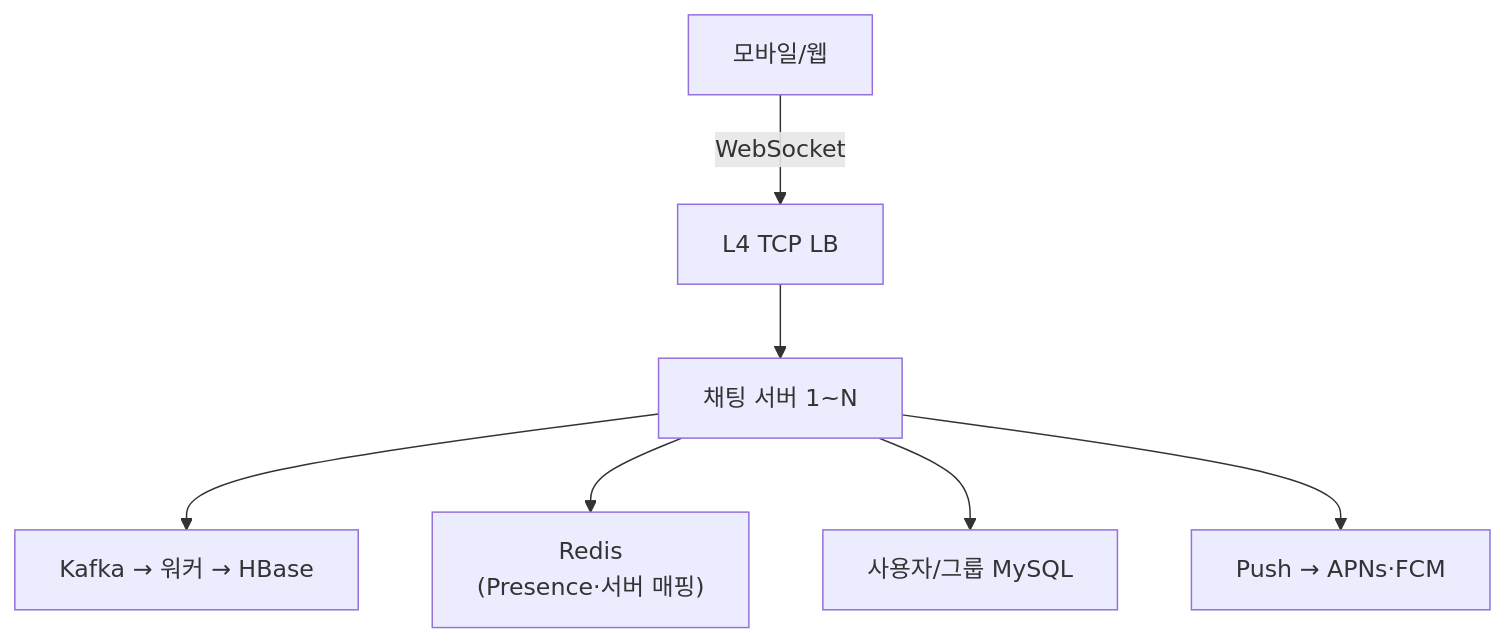
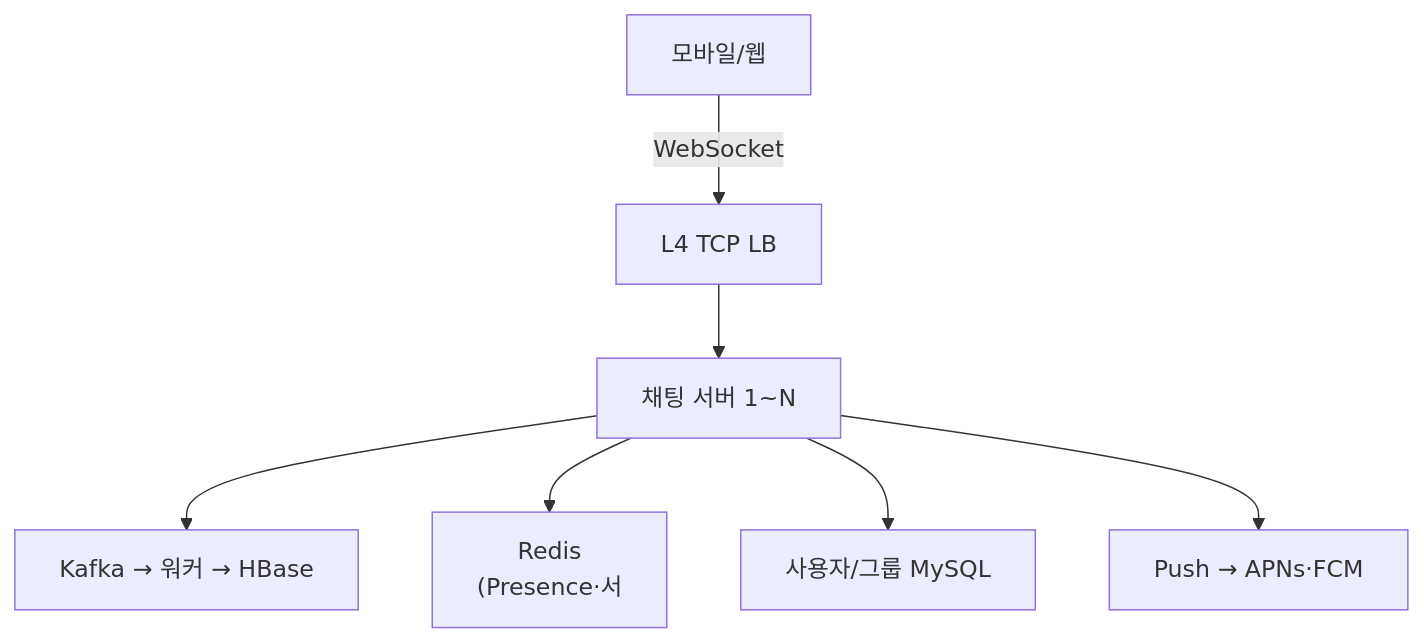
One commit to yjkim2015/yjkim2015.github.io changed the second of 9 diagrams in _posts/systemdesign/2026-05-02-system-design-chat.md. Above: the diagram before and after it, drawn with Mermaid. The commit also changed other lines of this file and 271 other files, not shown here.

First line of the commit message:
Mermaid 라벨 축소: 긴 노드 텍스트 18자 이하로 트림 + \n 제거

````diff
--- a/_posts/systemdesign/2026-05-02-system-design-chat.md
+++ b/_posts/systemdesign/2026-05-02-system-design-chat.md
@@ -119,9 +119,9 @@
 ```mermaid
 graph TD
     Client["모바일/웹"] -->|WebSocket| LB["L4 TCP LB"]
     LB --> CS["채팅 서버 1~N"]
     CS --> Kafka["Kafka → 워커 → HBase"]
-    CS --> Redis["Redis\n(Presence·서버 매핑)"]
+    CS --> Redis["Redis\n(Presence·서"]
     CS --> UserSvc["사용자/그룹 MySQL"]
     CS --> Push["Push → APNs·FCM"]
 ```
````
